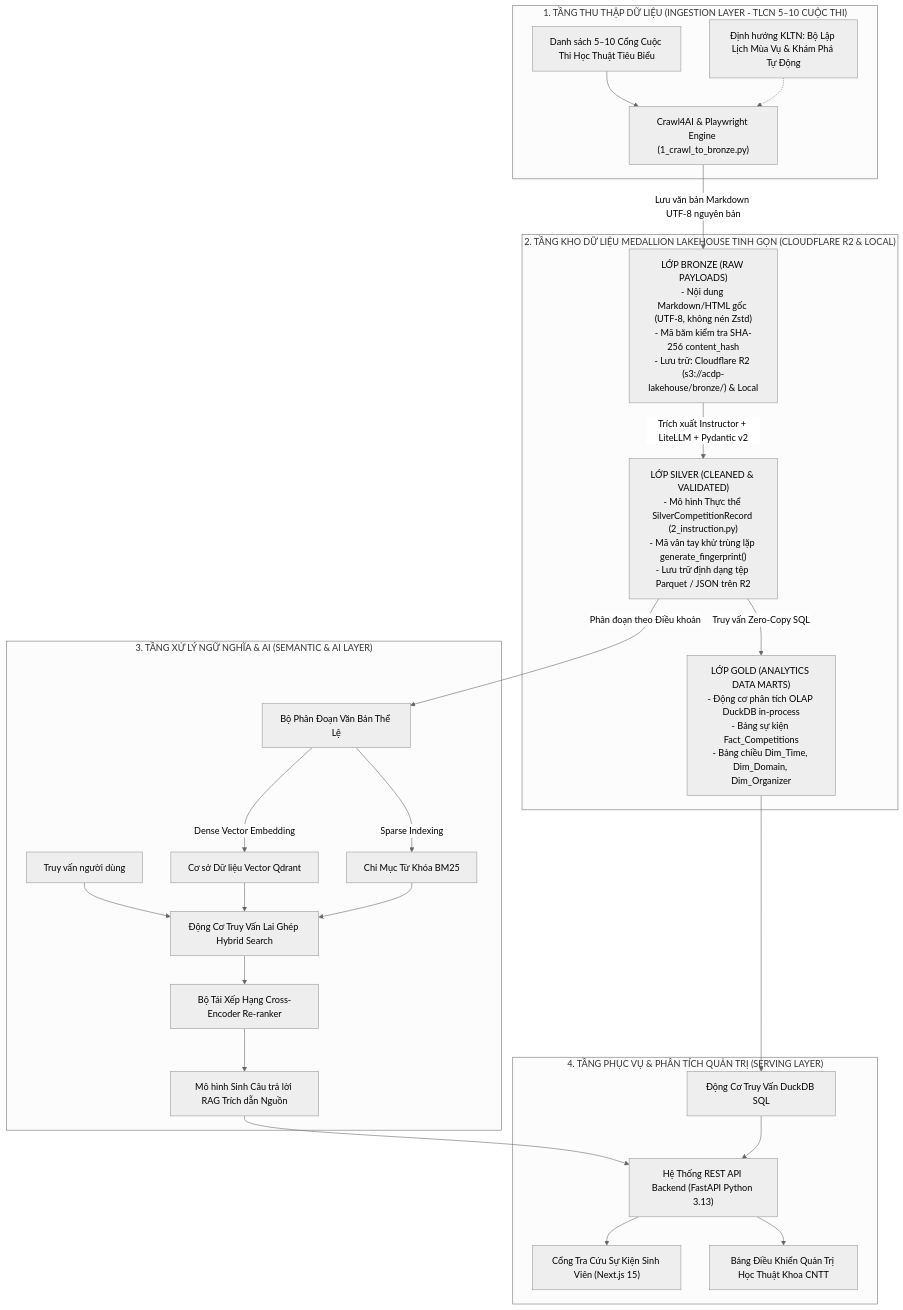
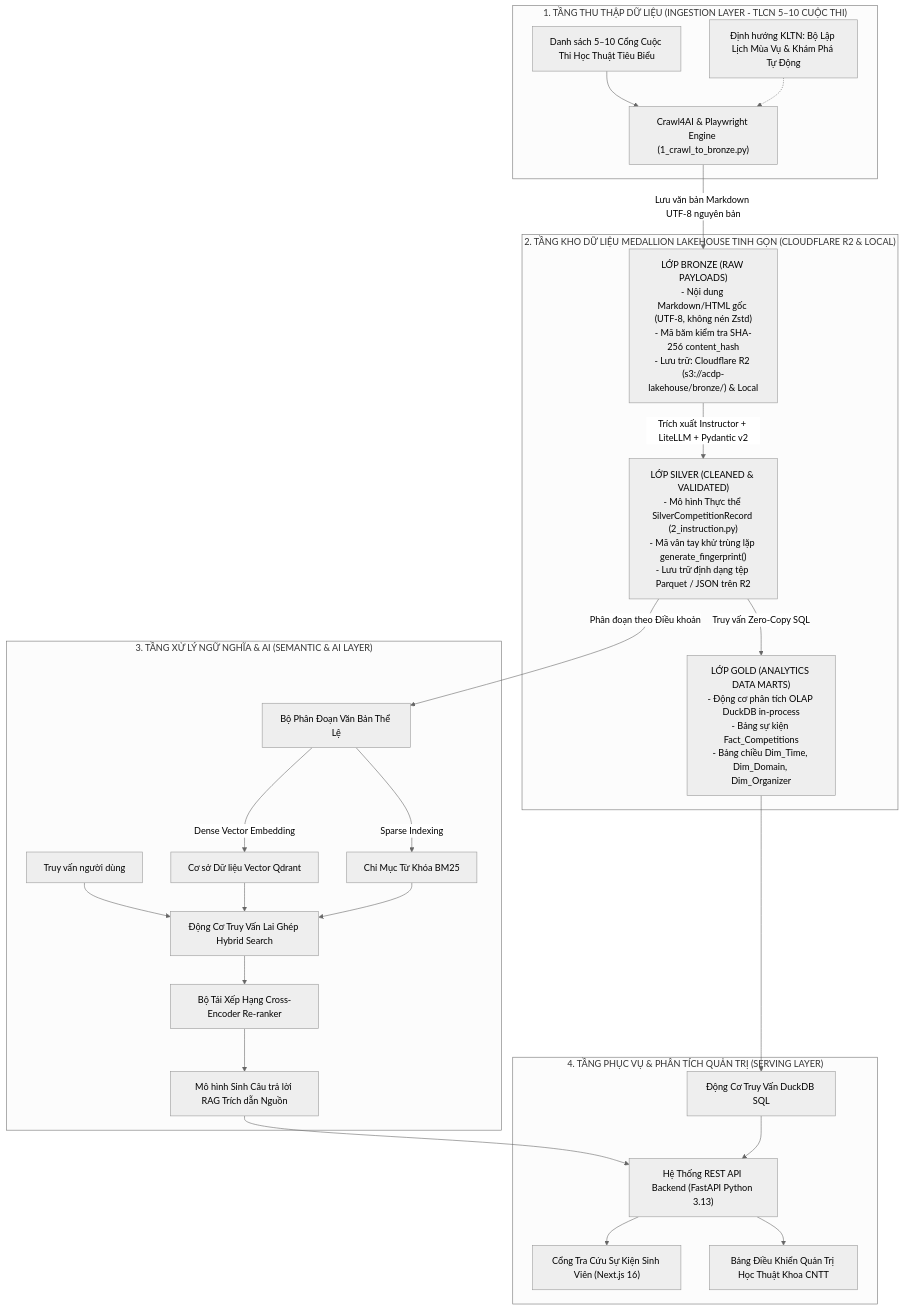
The diagram in docs/academic/BaoCao_TieuLuan_ChuyenNganh_KTDL.md (darktheDE/acdp-platform), drawn with Mermaid (neutral theme) before and after one commit. The commit also changed other lines of this file and 4 other files, not shown here.

````diff
--- a/docs/academic/BaoCao_TieuLuan_ChuyenNganh_KTDL.md
+++ b/docs/academic/BaoCao_TieuLuan_ChuyenNganh_KTDL.md
@@ -540,32 +540,32 @@
 ```mermaid
 flowchart TD
     subgraph S1["1. TẦNG THU THẬP DỮ LIỆU (INGESTION LAYER - TLCN 5–10 CUỘC THI)"]
         N1["Danh sách 5–10 Cổng Cuộc Thi Học Thuật Tiêu Biểu"] --> C1["Crawl4AI & Playwright Engine (1_crawl_to_bronze.py)"]
         SCH["Định hướng KLTN: Bộ Lập Lịch Mùa Vụ & Khám Phá Tự Động"] -.-> C1
     end
 
     subgraph S2["2. TẦNG KHO DỮ LIỆU MEDALLION LAKEHOUSE TINH GỌN (CLOUDFLARE R2 & LOCAL)"]
         C1 -->|Lưu văn bản Markdown UTF-8 nguyên bản| B1["LỚP BRONZE (RAW PAYLOADS)<br>- Nội dung Markdown/HTML gốc (UTF-8, không nén Zstd)<br>- Mã băm kiểm tra SHA-256 content_hash<br>- Lưu trữ: Cloudflare R2 (s3://acdp-lakehouse/bronze/) & Local"]
         B1 -->|Trích xuất Instructor + LiteLLM + Pydantic v2| S_LAYER["LỚP SILVER (CLEANED & VALIDATED)<br>- Mô hình Thực thể SilverCompetitionRecord (2_instruction.py)<br>- Mã vân tay khử trùng lặp generate_fingerprint()<br>- Lưu trữ định dạng tệp Parquet / JSON trên R2"]
         S_LAYER -->|Truy vấn Zero-Copy SQL| G_LAYER["LỚP GOLD (ANALYTICS DATA MARTS)<br>- Động cơ phân tích OLAP DuckDB in-process<br>- Bảng sự kiện Fact_Competitions<br>- Bảng chiều Dim_Time, Dim_Domain, Dim_Organizer"]
     end
 
     subgraph S3["3. TẦNG XỬ LÝ NGỮ NGHĨA & AI (SEMANTIC & AI LAYER)"]
         S_LAYER -->|Phân đoạn theo Điều khoản| CHUNK["Bộ Phân Đoạn Văn Bản Thể Lệ"]
         CHUNK -->|Dense Vector Embedding| VEC["Cơ sở Dữ liệu Vector Qdrant"]
         CHUNK -->|Sparse Indexing| BM25["Chỉ Mục Từ Khóa BM25"]
         Q_IN["Truy vấn người dùng"] --> HYBRID["Động Cơ Truy Vấn Lai Ghép Hybrid Search"]
         VEC --> HYBRID
         BM25 --> HYBRID
         HYBRID --> RERANK["Bộ Tái Xếp Hạng Cross-Encoder Re-ranker"]
         RERANK --> LLM_GEN["Mô hình Sinh Câu trả lời RAG Trích dẫn Nguồn"]
     end
 
     subgraph S4["4. TẦNG PHỤC VỤ & PHÂN TÍCH QUẢN TRỊ (SERVING LAYER)"]
         G_LAYER --> DUCK_API["Động Cơ Truy Vấn DuckDB SQL"]
         LLM_GEN --> FAST_API["Hệ Thống REST API Backend (FastAPI Python 3.13)"]
         DUCK_API --> FAST_API
-        FAST_API --> WEB_APP["Cổng Tra Cứu Sự Kiện Sinh Viên (Next.js 15)"]
+        FAST_API --> WEB_APP["Cổng Tra Cứu Sự Kiện Sinh Viên (Next.js 16)"]
         FAST_API --> DASHBOARD["Bảng Điều Khiển Quản Trị Học Thuật Khoa CNTT"]
     end
 ```
````
